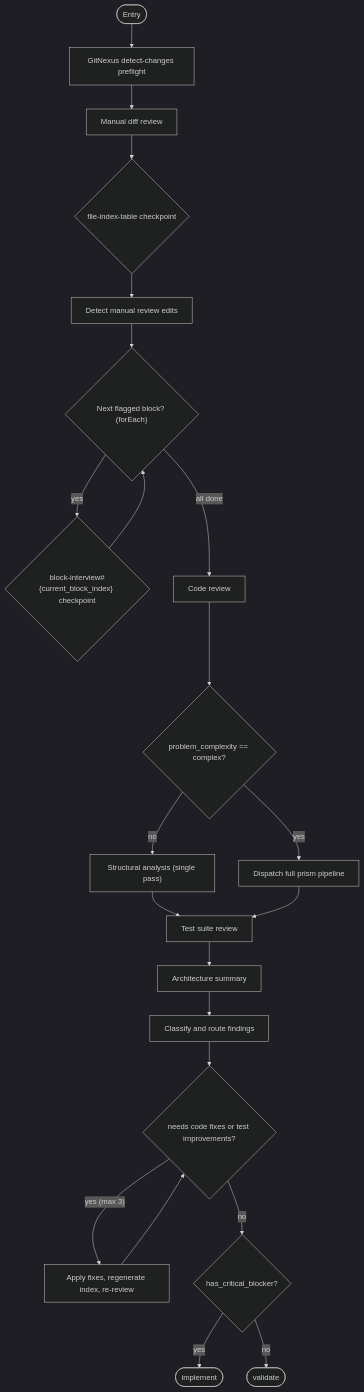
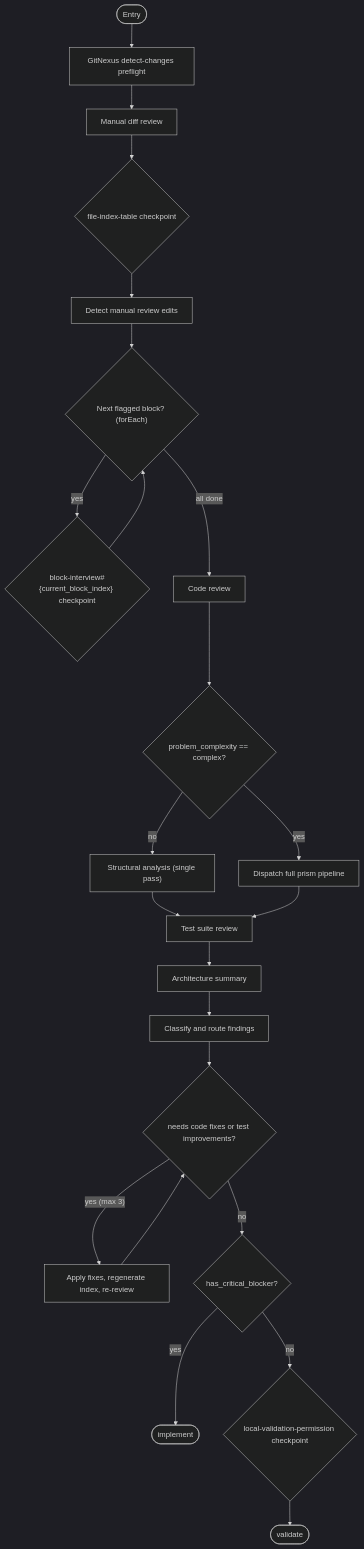
One commit to m2ux/workflow-server changed diagram 11 of 15 in work-package/activities/README.md. Above: the diagram before and after it, drawn with Mermaid (dark theme). The commit also changed other lines of this file and 18 other files, not shown here.

````diff
--- a/work-package/activities/README.md
+++ b/work-package/activities/README.md
@@ -322,26 +322,27 @@
 ```mermaid
 graph TD
     entryNode(["Entry"]) --> preflight["GitNexus detect-changes preflight"]
     preflight --> manualDiff["Manual diff review"]
     manualDiff --> cpFileIndex{"file-index-table checkpoint"}
     cpFileIndex --> detectManual["Detect manual review edits"]
     detectManual --> interviewLoop{"Next flagged block? (forEach)"}
     interviewLoop -->|"yes"| cpInterview{"block-interview#{current_block_index} checkpoint"}
     cpInterview --> interviewLoop
     interviewLoop -->|"all done"| codeReview["Code review"]
 
     codeReview --> structural{"problem_complexity == complex?"}
     structural -->|"no"| structuralInline["Structural analysis (single pass)"]
     structural -->|"yes"| dispatchPrism["Dispatch full prism pipeline"]
     structuralInline --> testReview["Test suite review"]
     dispatchPrism --> testReview
     testReview --> archSummary["Architecture summary"]
     archSummary --> classify["Classify and route findings"]
 
     classify --> fixCycle{"needs code fixes or test improvements?"}
     fixCycle -->|"yes (max 3)"| applyFixes["Apply fixes, regenerate index, re-review"]
     applyFixes --> fixCycle
     fixCycle -->|"no"| blockerGate{"has_critical_blocker?"}
     blockerGate -->|"yes"| exitImplement(["implement"])
-    blockerGate -->|"no"| exitValidate(["validate"])
+    blockerGate -->|"no"| cpLocalValidation{"local-validation-permission checkpoint"}
+    cpLocalValidation --> exitValidate(["validate"])
 ```
````
